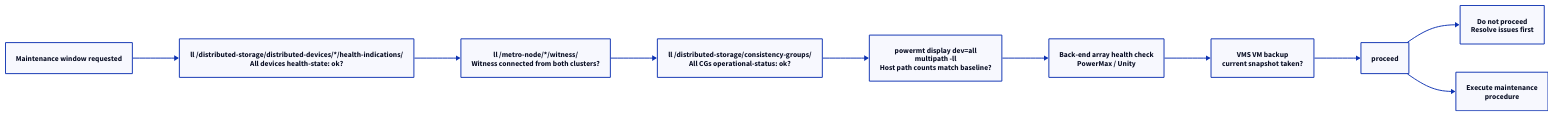
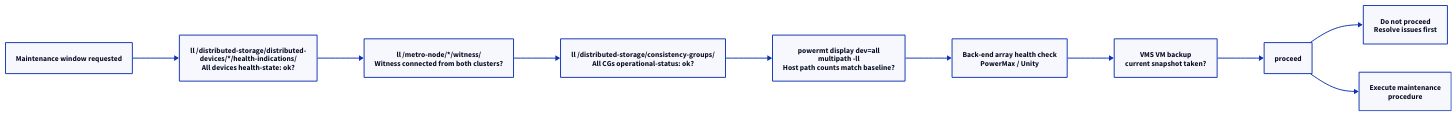
One commit to canast01/chris-kb changed the first of 2 diagrams in docs/storage/dell/vplex/operations/procedures.md. Above: the diagram before and after it, drawn with D2. The commit also changed 192 other files, not shown here.

````diff
--- a/docs/storage/dell/vplex/operations/procedures.md
+++ b/docs/storage/dell/vplex/operations/procedures.md
@@ -27,24 +27,24 @@
 ```d2
 direction: right
 
 startChange: "Maintenance window requested" {shape: rectangle}
-ddCheck: "ll /distributed-storage/distributed-devices/*/health-indications/\nAll devices health-state: ok?" {shape: rectangle}
+ddCheck: "ll /distributed-storage/distributed-\ndevices/*/health-indications/\nAll devices health-state: ok?" {shape: rectangle}
 witnessChk: "ll /metro-node/*/witness/\nWitness connected from both clusters?" {shape: rectangle}
 cgChk: "ll /distributed-storage/consistency-groups/\nAll CGs operational-status: ok?" {shape: rectangle}
 hostPathChk: "powermt display dev=all\nmultipath -ll\nHost path counts match baseline?" {shape: rectangle}
 arrayChk: "Back-end array health check\nPowerMax / Unity" {shape: rectangle}
 vmsBackup: "VMS VM backup\ncurrent snapshot taken?" {shape: rectangle}
 proceed: "proceed" {shape: rectangle}
 holdChange: "Do not proceed\nResolve issues first" {shape: rectangle}
 doChange: "Execute maintenance\nprocedure" {shape: rectangle}
 
 startChange -> ddCheck
 ddCheck -> witnessChk
 witnessChk -> cgChk
 cgChk -> hostPathChk
 hostPathChk -> arrayChk
 arrayChk -> vmsBackup
 vmsBackup -> proceed
 proceed -> holdChange
 proceed -> doChange
 ```
````
